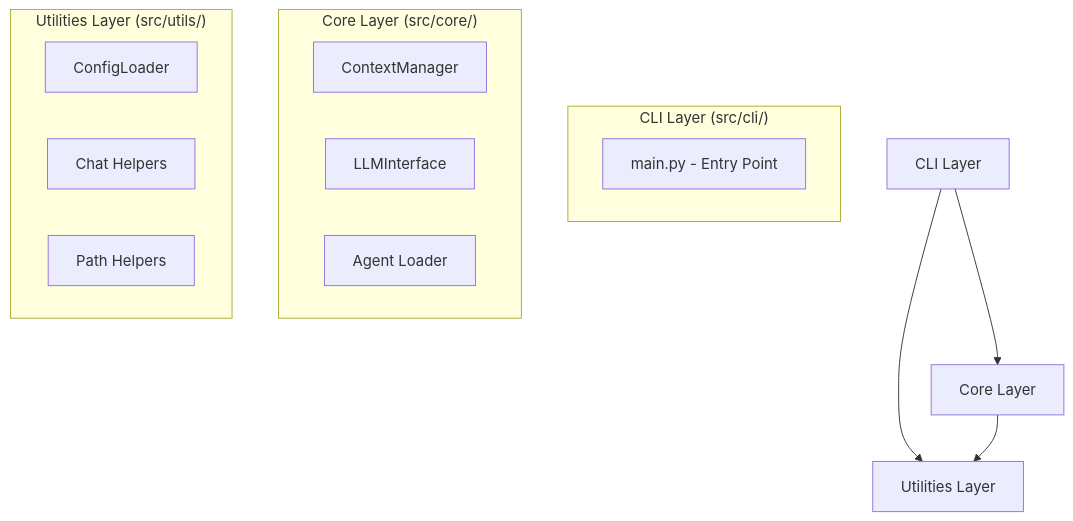
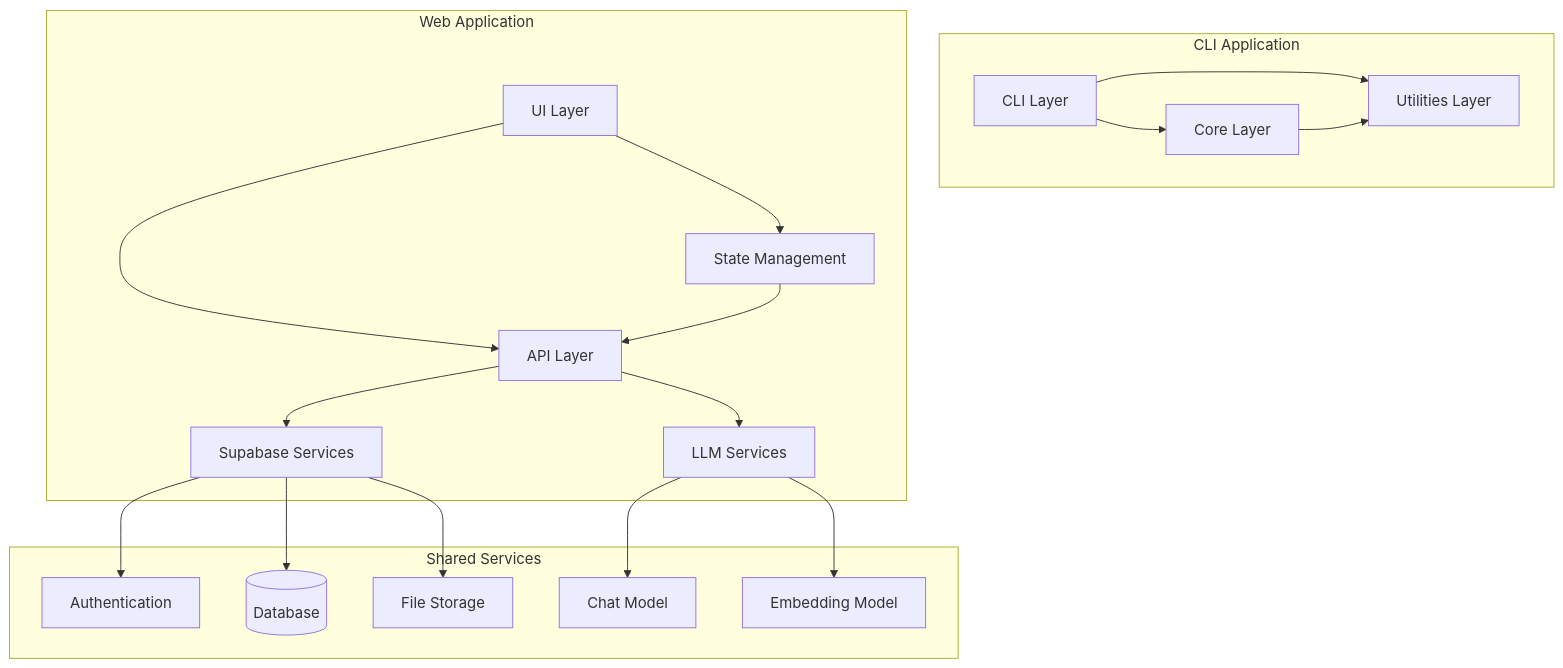
Before and after one commit to tim-o-private/llm-agent: the first of 7 diagrams in memory-bank/systemPatterns.md, drawn with Mermaid. The commit also changed other lines of this file and 78 other files, not shown here.

````diff
--- a/memory-bank/systemPatterns.md
+++ b/memory-bank/systemPatterns.md
@@ -9,22 +9,24 @@
 ```mermaid
 graph TD
-    CLI[CLI Layer] --> Core[Core Layer]
-    CLI --> Utils[Utilities Layer]
-    Core --> Utils
-    
-    subgraph "CLI Layer (src/cli/)"
-        main.py[main.py - Entry Point]
+    subgraph "CLI Application"
+        CLI[CLI Layer] --> Core[Core Layer]
+        CLI --> Utils[Utilities Layer]
+        Core --> Utils
     end
-    
-    subgraph "Core Layer (src/core/)"
-        context_manager[ContextManager]
-        llm_interface[LLMInterface]
-        agent_loader[Agent Loader]
+
+    subgraph "Web Application"
+        UI[UI Layer] --> State[State Management]
+        UI --> API[API Layer]
+        State --> API
+        API --> Supabase[Supabase Services]
+        API --> LLM[LLM Services]
     end
-    
-    subgraph "Utilities Layer (src/utils/)"
-        config_loader[ConfigLoader]
-        chat_helpers[Chat Helpers]
-        path_helpers[Path Helpers]
+
+    subgraph "Shared Services"
+        Supabase --> Auth[Authentication]
+        Supabase --> DB[(Database)]
+        Supabase --> Storage[File Storage]
+        LLM --> Chat[Chat Model]
+        LLM --> Embed[Embedding Model]
     end
 ```
````
